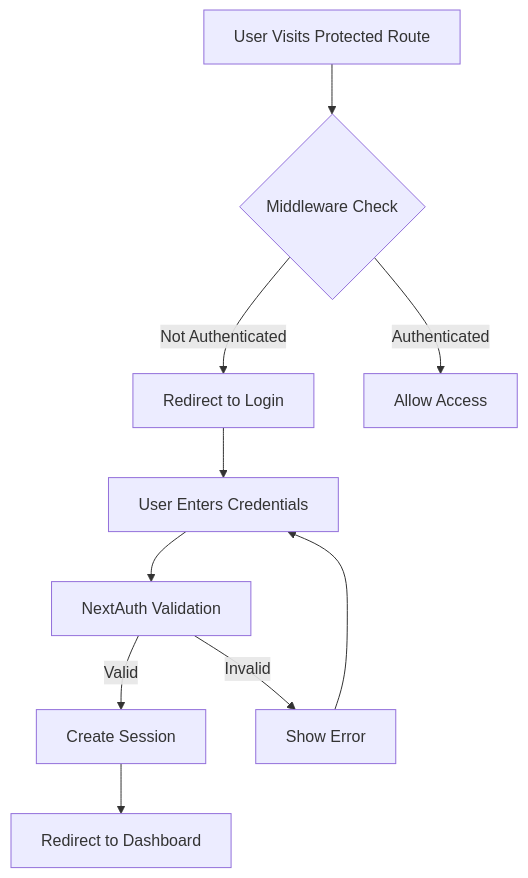
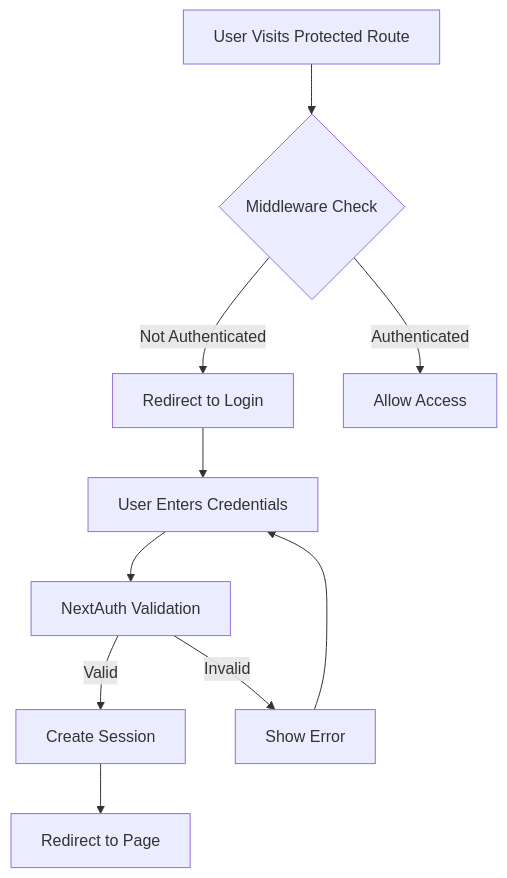
Before and after one commit to brandoncouey/HealthcareAI: the diagram in AUTH_SETUP.md, drawn with Mermaid. The commit also changed 38 other files, not shown here.

````diff
--- a/AUTH_SETUP.md
+++ b/AUTH_SETUP.md
@@ -90,12 +90,12 @@
 ```mermaid
 graph TD
     A[User Visits Protected Route] --> B{Middleware Check}
     B -->|Not Authenticated| C[Redirect to Login]
     B -->|Authenticated| D[Allow Access]
     C --> E[User Enters Credentials]
     E --> F[NextAuth Validation]
     F -->|Valid| G[Create Session]
     F -->|Invalid| H[Show Error]
-    G --> I[Redirect to Dashboard]
+    G --> I[Redirect to Page]
     H --> E
 ```
````
